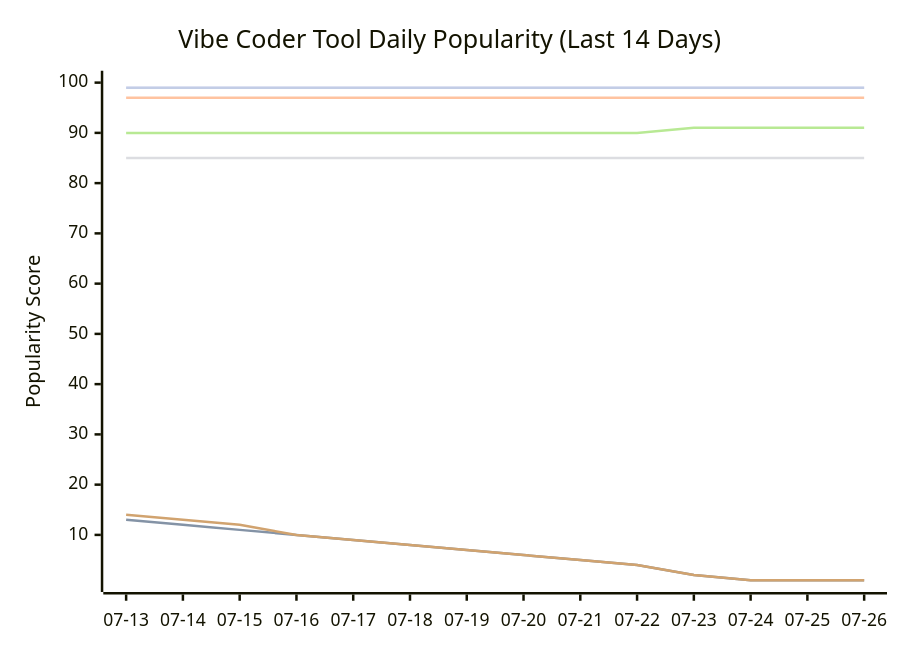
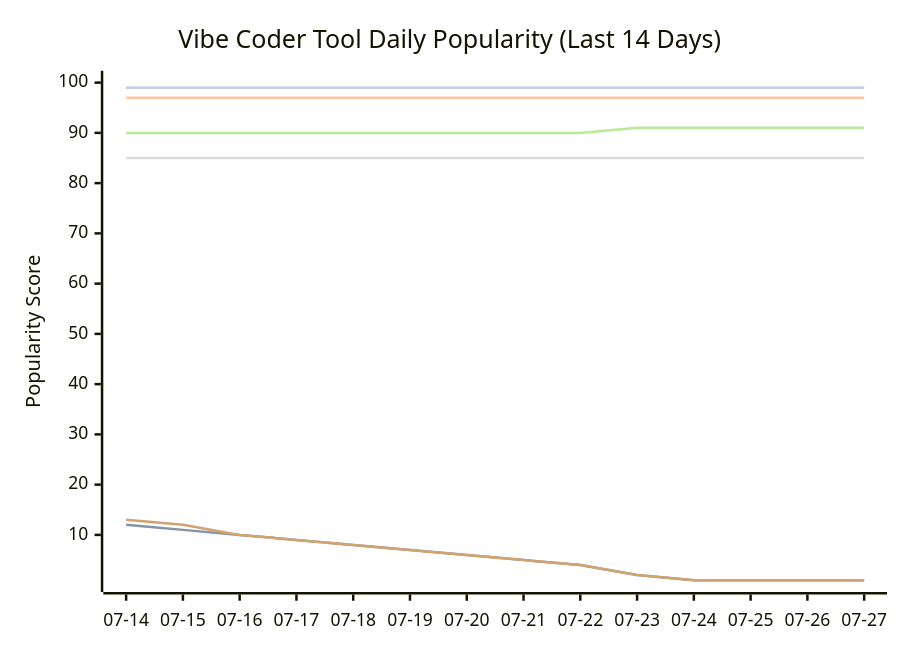
The seventh of 11 diagrams in README.md (tykimos/ai-whatchelin), drawn with Mermaid before and after one commit. The commit also changed other lines of this file and 4 other files, not shown here.

````diff
--- a/README.md
+++ b/README.md
@@ -2080,13 +2084,13 @@
 ```mermaid
 xychart-beta
     title "Vibe Coder Tool Daily Popularity (Last 14 Days)"
-    x-axis ["07-13", "07-14", "07-15", "07-16", "07-17", "07-18", "07-19", "07-20", "07-21", "07-22", "07-23", "07-24", "07-25", "07-26"]
+    x-axis ["07-14", "07-15", "07-16", "07-17", "07-18", "07-19", "07-20", "07-21", "07-22", "07-23", "07-24", "07-25", "07-26", "07-27"]
     y-axis "Popularity Score" 1 --> 100
     line "Claude Code" [99, 99, 99, 99, 99, 99, 99, 99, 99, 99, 99, 99, 99, 99]
-    line "GH Copilot" [13, 12, 11, 10, 9, 8, 7, 6, 5, 4, 2, 1, 1, 1]
+    line "GH Copilot" [12, 11, 10, 9, 8, 7, 6, 5, 4, 2, 1, 1, 1, 1]
     line "Cursor" [97, 97, 97, 97, 97, 97, 97, 97, 97, 97, 97, 97, 97, 97]
     line "Windsurf" [85, 85, 85, 85, 85, 85, 85, 85, 85, 85, 85, 85, 85, 85]
-    line "Codex CLI" [90, 90, 90, 90, 90, 90, 90, 90, 90, 90, 91, 91, 91, 91]
-    line "Gemini CLI" [14, 13, 12, 10, 9, 8, 7, 6, 5, 4, 2, 1, 1, 1]
+    line "Codex CLI" [90, 90, 90, 90, 90, 90, 90, 90, 90, 91, 91, 91, 91, 91]
+    line "Gemini CLI" [13, 12, 10, 9, 8, 7, 6, 5, 4, 2, 1, 1, 1, 1]
     line "Antigravity" [99, 99, 99, 99, 99, 99, 99, 99, 99, 99, 99, 99, 99, 99]
 ```
````
